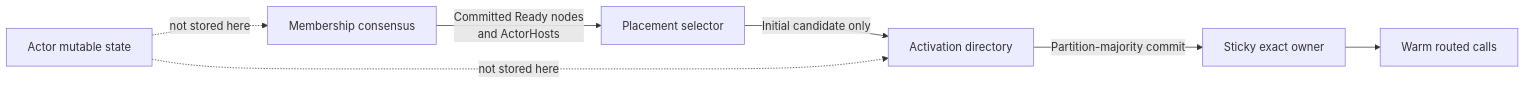
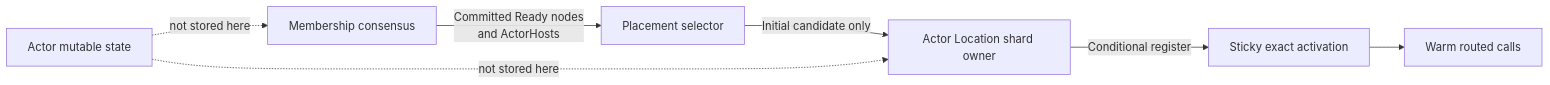
One commit to bruce48x/Lakona changed the fifth of 15 diagrams in docs/cluster.md. Above: the diagram before and after it, drawn with Mermaid. The commit also changed other lines of this file and 120 other files, not shown here.

````diff
--- a/docs/cluster.md
+++ b/docs/cluster.md
@@ -304,10 +300,10 @@
 ```mermaid
 flowchart LR
     M["Membership consensus"] -->|"Committed Ready nodes<br/>and ActorHosts"| S["Placement selector"]
-    S -->|"Initial candidate only"| A["Activation directory"]
-    A -->|"Partition-majority commit"| O["Sticky exact owner"]
+    S -->|"Initial candidate only"| A["Actor Location shard owner"]
+    A -->|"Conditional register"| O["Sticky exact activation"]
     O --> R["Warm routed calls"]
 
     X["Actor mutable state"] -.->|"not stored here"| M
     X -.->|"not stored here"| A
 ```
````
